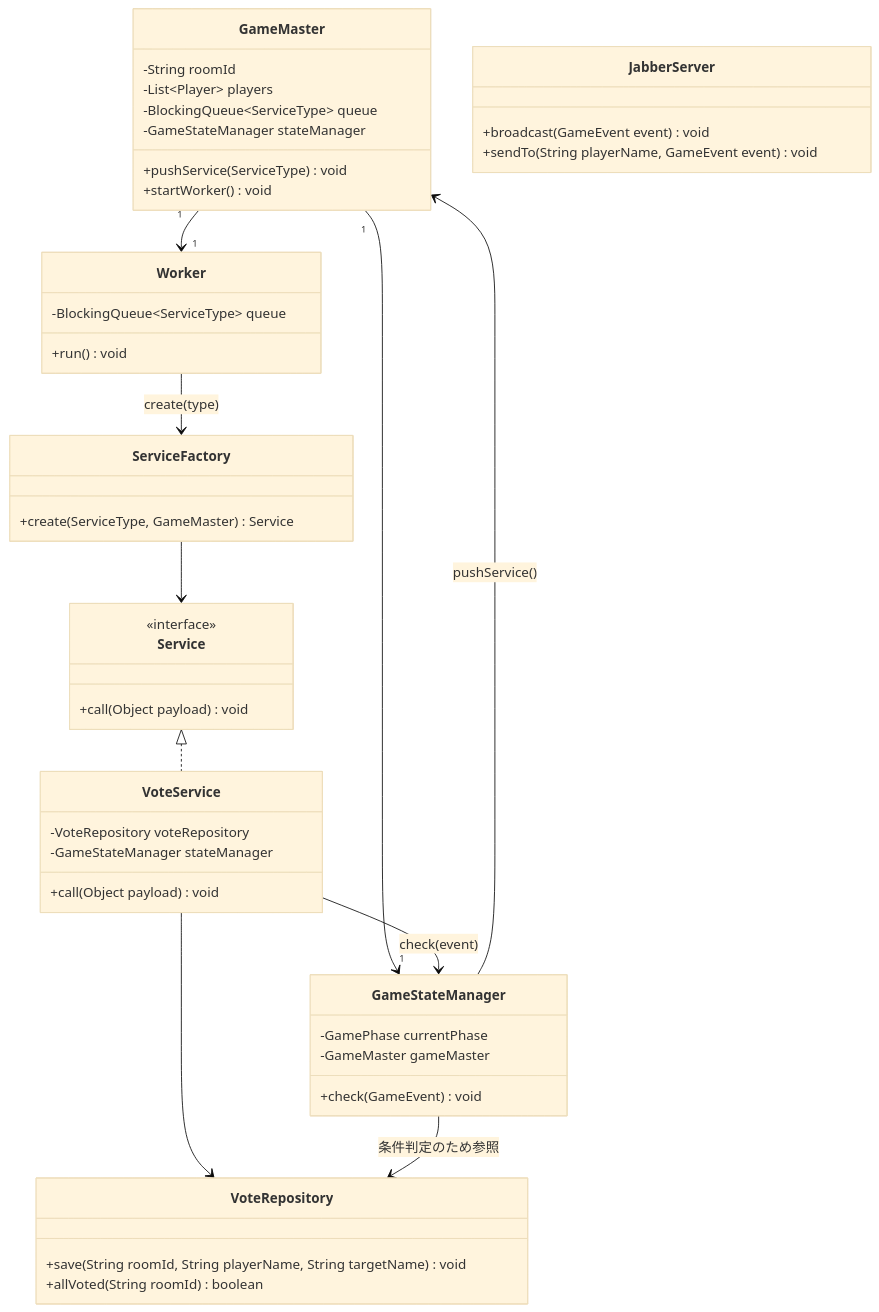
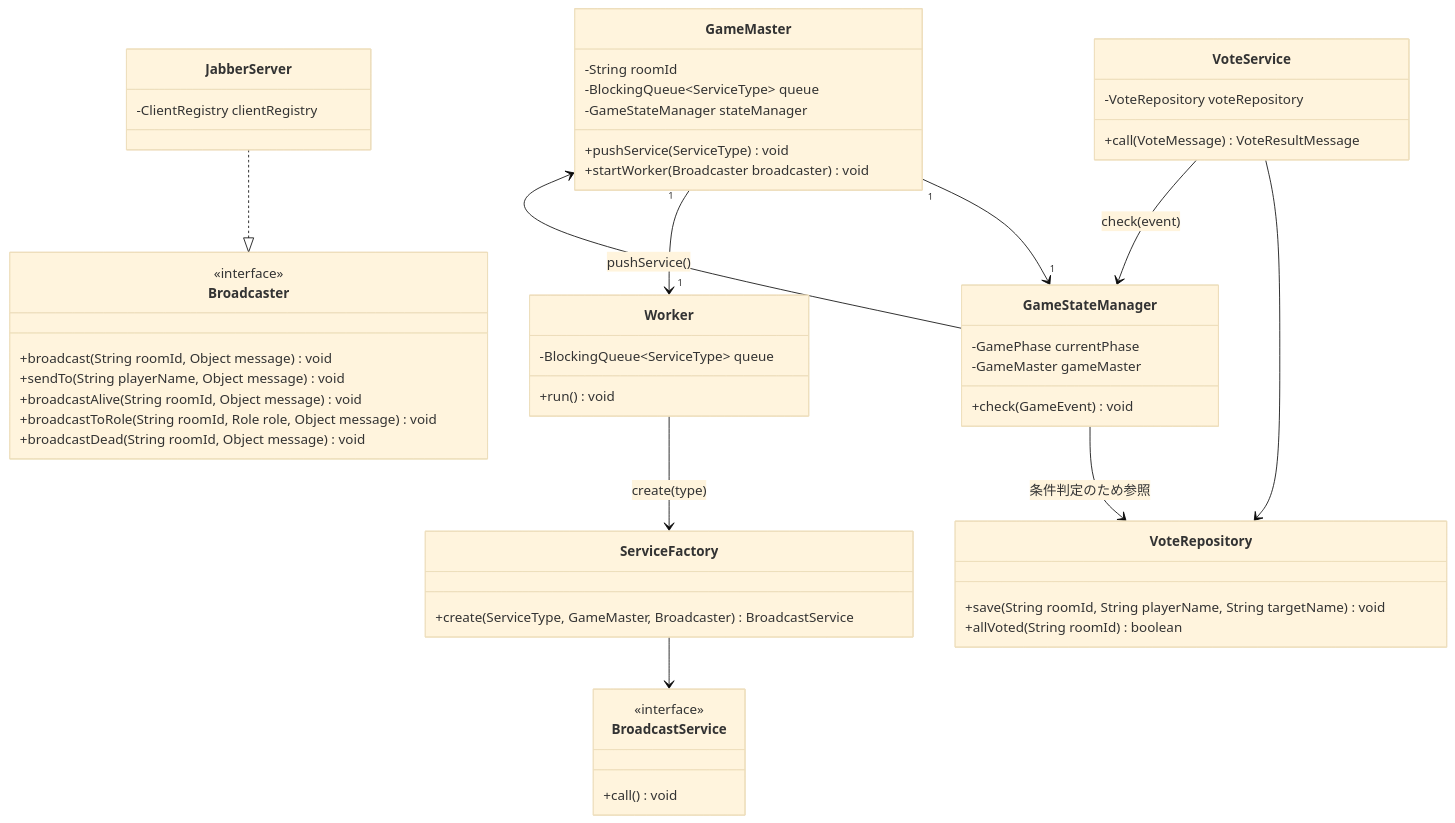
The second of 4 diagrams in README.md (doguto/waseda-soft-exp), drawn with Mermaid (base theme) before and after one commit. The commit also changed other lines of this file and 5 other files, not shown here.

````diff
--- a/README.md
+++ b/README.md
@@ -108,57 +110,63 @@
 ```mermaid
 classDiagram
     class GameMaster {
         -String roomId
-        -List~Player~ players
         -BlockingQueue~ServiceType~ queue
         -GameStateManager stateManager
         +pushService(ServiceType) void
-        +startWorker() void
+        +startWorker(Broadcaster broadcaster) void
     }
 
     class GameStateManager {
         -GamePhase currentPhase
         -GameMaster gameMaster
         +check(GameEvent) void
     }
 
-    class Service {
+    class BroadcastService {
         <<interface>>
-        +call(Object payload) void
+        +call() void
+    }
+
+    class Broadcaster {
+        <<interface>>
+        +broadcast(String roomId, Object message) void
+        +sendTo(String playerName, Object message) void
+        +broadcastAlive(String roomId, Object message) void
+        +broadcastToRole(String roomId, Role role, Object message) void
+        +broadcastDead(String roomId, Object message) void
     }
 
     class ServiceFactory {
-        +create(ServiceType, GameMaster) Service
+        +create(ServiceType, GameMaster, Broadcaster) BroadcastService
     }
 
     class Worker {
         -BlockingQueue~ServiceType~ queue
         +run() void
     }
 
     class JabberServer {
-        +broadcast(GameEvent event) void
-        +sendTo(String playerName, GameEvent event) void
+        -ClientRegistry clientRegistry
     }
 
     class VoteService {
         -VoteRepository voteRepository
-        -GameStateManager stateManager
-        +call(Object payload) void
+        +call(VoteMessage) VoteResultMessage
     }
 
     class VoteRepository {
         +save(String roomId, String playerName, String targetName) void
         +allVoted(String roomId) boolean
     }
 
+    JabberServer ..|> Broadcaster
     GameMaster "1" --> "1" GameStateManager
     GameMaster "1" --> "1" Worker
     Worker --> ServiceFactory : create(type)
-    ServiceFactory --> Service
-    Service <|.. VoteService
+    ServiceFactory --> BroadcastService
     VoteService --> VoteRepository
     VoteService --> GameStateManager : check(event)
     GameStateManager --> GameMaster : pushService()
     GameStateManager --> VoteRepository : 条件判定のため参照
 ```
````
